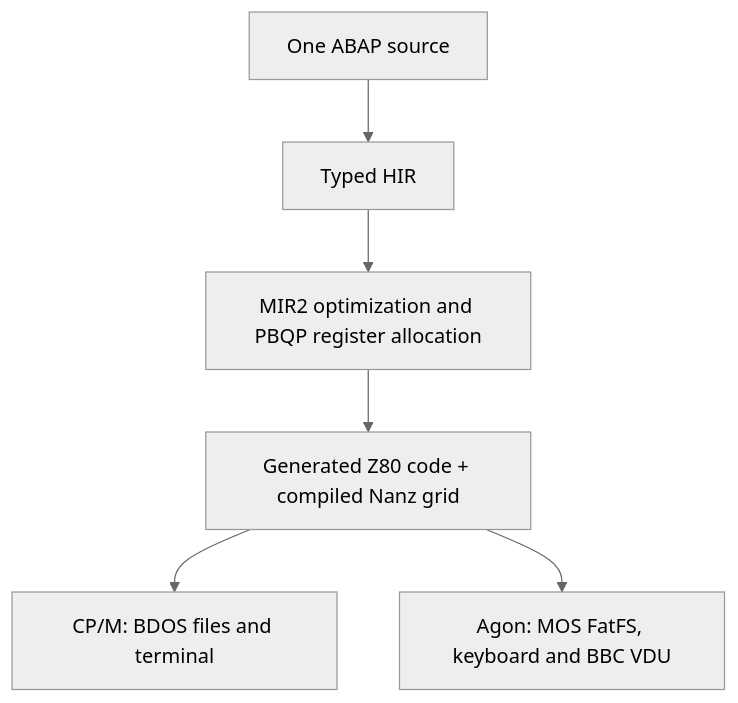
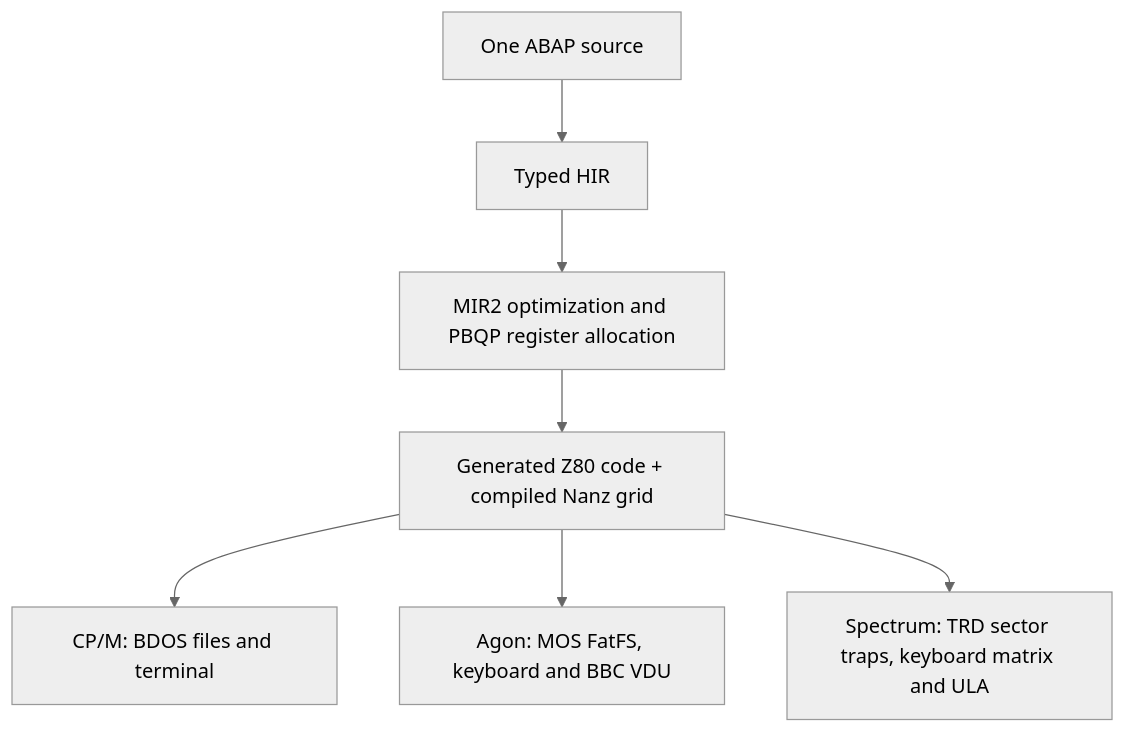
The diagram in docs/my-abap-escaped-from-the-server.md (oisee/minz), drawn with Mermaid (neutral theme) before and after one commit. The commit also changed other lines of this file and 23 other files, not shown here.

Commit message:
feat(abap): run unchanged CSV-to-ALV report on Spectrum with sector traps

````diff
--- a/docs/my-abap-escaped-from-the-server.md
+++ b/docs/my-abap-escaped-from-the-server.md
@@ -37,8 +37,9 @@
 ```mermaid
 flowchart TD
   S[One ABAP source] --> H[Typed HIR]
   H --> M[MIR2 optimization and PBQP register allocation]
   M --> Z[Generated Z80 code + compiled Nanz grid]
   Z --> C[CP/M: BDOS files and terminal]
   Z --> A[Agon: MOS FatFS, keyboard and BBC VDU]
+  Z --> X[Spectrum: TRD sector traps, keyboard matrix and ULA]
 ```
````
